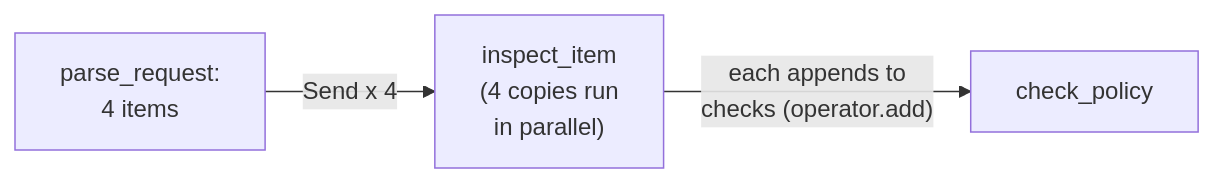
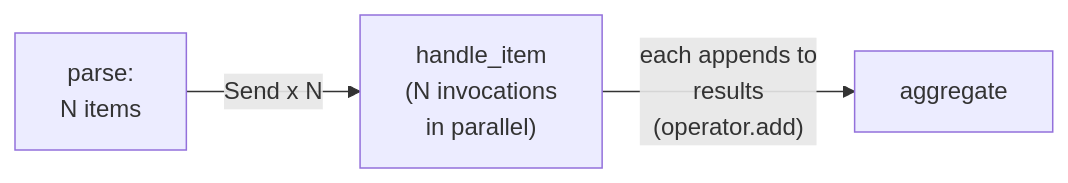
Before and after one commit to shubamchaudhary/CodeNITW: the fifth of 9 diagrams in src/Data/aiStackDocs/CH-14.md, drawn with Mermaid. The commit also changed other lines of this file and 7 other files, not shown here.

````diff
--- a/src/Data/aiStackDocs/CH-14.md
+++ b/src/Data/aiStackDocs/CH-14.md
@@ -161,5 +177,5 @@
 ```mermaid
 flowchart LR
-    P["parse_request:<br/>4 items"] -->|"Send x 4"| I["inspect_item<br/>(4 copies run<br/>in parallel)"]
-    I -->|"each appends to<br/>checks (operator.add)"| C["check_policy"]
+    P["parse:<br/>N items"] -->|"Send x N"| I["handle_item<br/>(N invocations<br/>in parallel)"]
+    I -->|"each appends to<br/>results<br/>(operator.add)"| C["aggregate"]
 ```
````
